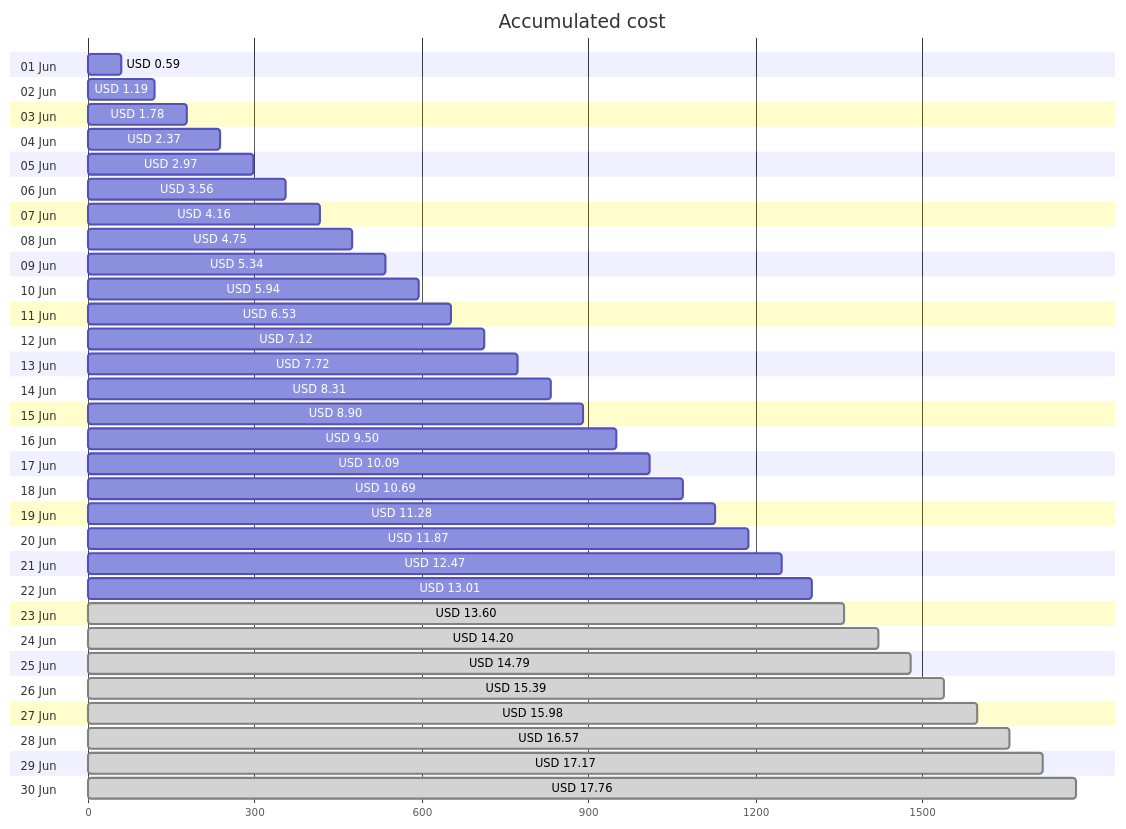
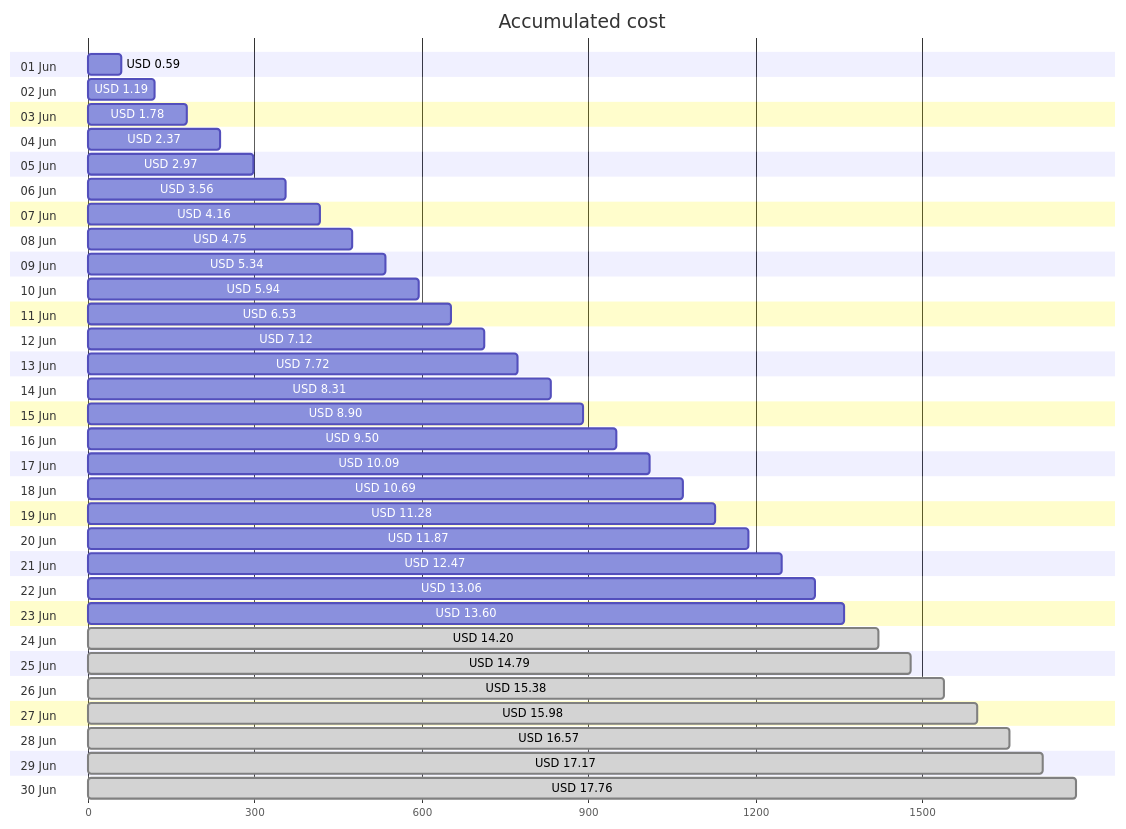
Before and after one commit to jpfulton/azure-personal-reports: the first of 4 diagrams in cost-reports/personal-site/README.md, drawn with Mermaid. The commit also changed other lines of this file and 6 other files, not shown here.

````diff
--- a/cost-reports/personal-site/README.md
+++ b/cost-reports/personal-site/README.md
@@ -20,66 +20,66 @@
 ```mermaid
 gantt
    title Accumulated cost
    dateFormat  X
    axisFormat %s
    section 01 Jun
    USD 0.59 :0, 59
    section 02 Jun
    USD 1.19 :0, 119
    section 03 Jun
    USD 1.78 :0, 178
    section 04 Jun
    USD 2.37 :0, 237
    section 05 Jun
    USD 2.97 :0, 297
    section 06 Jun
    USD 3.56 :0, 356
    section 07 Jun
    USD 4.16 :0, 416
    section 08 Jun
    USD 4.75 :0, 475
    section 09 Jun
    USD 5.34 :0, 534
    section 10 Jun
    USD 5.94 :0, 594
    section 11 Jun
    USD 6.53 :0, 653
    section 12 Jun
    USD 7.12 :0, 712
    section 13 Jun
    USD 7.72 :0, 772
    section 14 Jun
    USD 8.31 :0, 831
    section 15 Jun
    USD 8.90 :0, 890
    section 16 Jun
    USD 9.50 :0, 950
    section 17 Jun
    USD 10.09 :0, 1009
    section 18 Jun
    USD 10.69 :0, 1069
    section 19 Jun
    USD 11.28 :0, 1128
    section 20 Jun
    USD 11.87 :0, 1187
    section 21 Jun
    USD 12.47 :0, 1247
    section 22 Jun
-   USD 13.01 :0, 1301
+   USD 13.06 :0, 1306
    section 23 Jun
-   USD 13.60 : done, 0, 1360
+   USD 13.60 :0, 1360
    section 24 Jun
    USD 14.20 : done, 0, 1420
    section 25 Jun
    USD 14.79 : done, 0, 1479
    section 26 Jun
-   USD 15.39 : done, 0, 1539
+   USD 15.38 : done, 0, 1538
    section 27 Jun
    USD 15.98 : done, 0, 1598
    section 28 Jun
    USD 16.57 : done, 0, 1657
    section 29 Jun
    USD 17.17 : done, 0, 1717
    section 30 Jun
    USD 17.76 : done, 0, 1776
 ```
````
